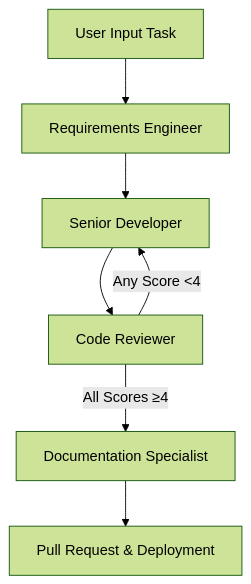
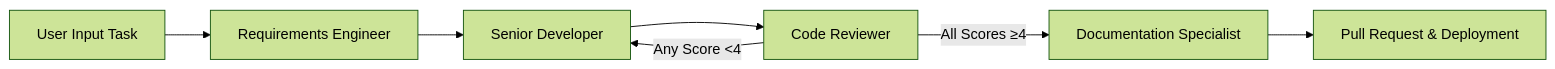
One commit to mplogas/sk-multiagent changed the diagram in docs/AGENTS.md. Above: the diagram before and after it, drawn with Mermaid (forest theme).

````diff
--- a/docs/AGENTS.md
+++ b/docs/AGENTS.md
@@ -363,9 +363,9 @@
 ```mermaid  
-graph TD  
+graph LR  
     A[User Input Task] --> B[Requirements Engineer]  
     B --> C[Senior Developer]  
     C --> D[Code Reviewer]  
     D -->|All Scores ≥4| E[Documentation Specialist]  
     D -->|Any Score <4| C  
     E --> F[Pull Request & Deployment]  
 ```  
````
